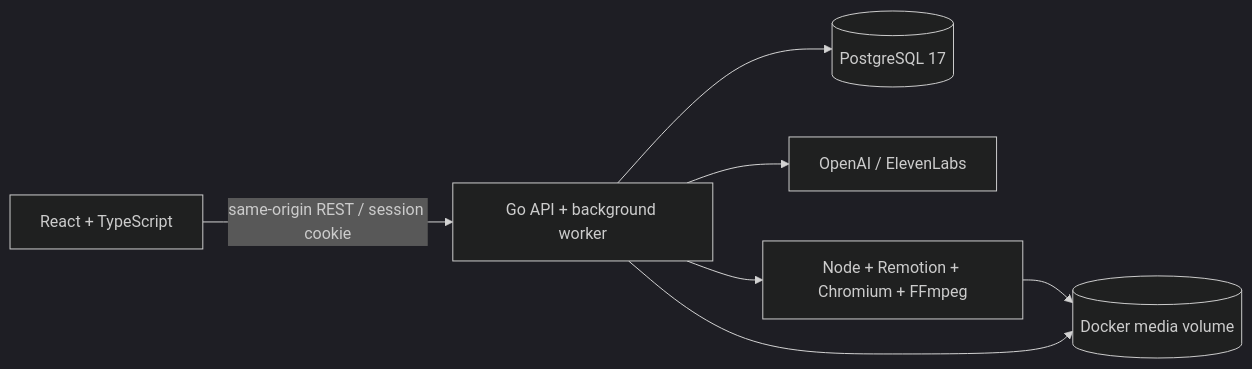
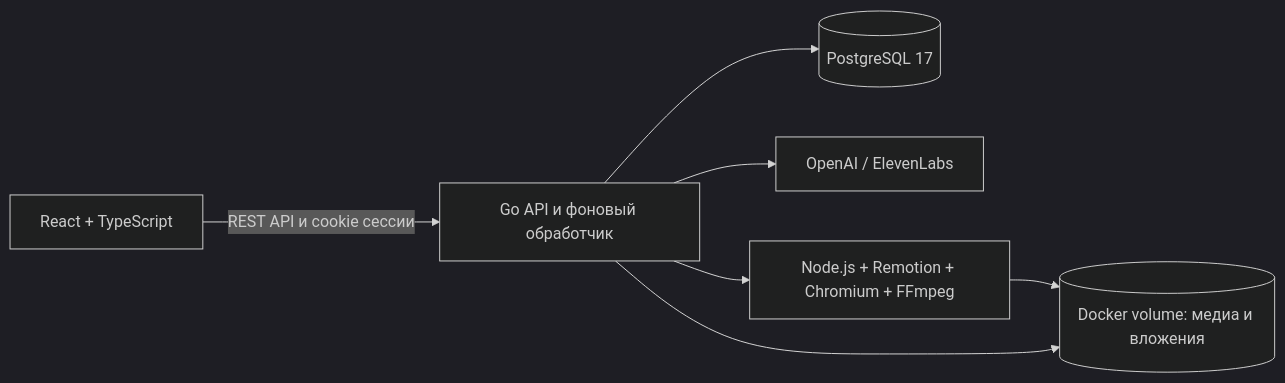
The diagram in README.md (BAITC-Hacks/hack-654d40a5-lexus), drawn with Mermaid (dark theme) before and after one commit. The commit also changed other lines of this file, not shown here.

````diff
--- a/README.md
+++ b/README.md
@@ -198,9 +246,9 @@
 ```mermaid
 flowchart LR
-  Browser[React + TypeScript] -->|same-origin REST / session cookie| Go[Go API + background worker]
+  Browser[React + TypeScript] -->|REST API и cookie сессии| Go[Go API и фоновый обработчик]
   Go --> DB[(PostgreSQL 17)]
   Go --> AI[OpenAI / ElevenLabs]
-  Go --> Renderer[Node + Remotion + Chromium + FFmpeg]
-  Renderer --> Media[(Docker media volume)]
-  Go --> Media
+  Go --> Renderer[Node.js + Remotion + Chromium + FFmpeg]
+  Renderer --> Files[(Docker volume: медиа и вложения)]
+  Go --> Files
 ```
````
